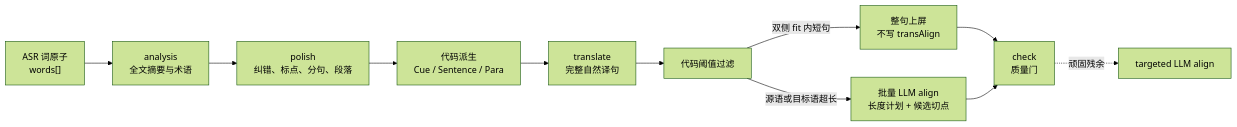
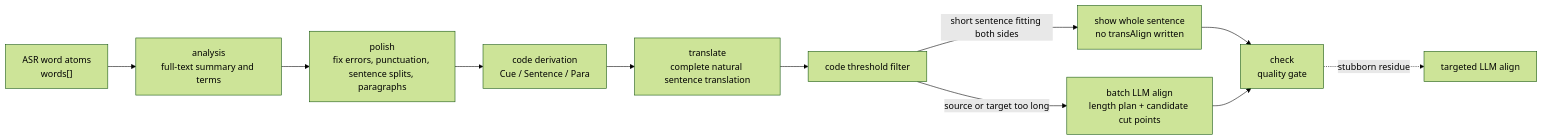
The diagram in docs/design/subtitle/ccut-subtitle-pipeline-implementation.md (dige04/cuccut), drawn with Mermaid (forest theme) before and after one commit. The commit also changed other lines of this file and 415 other files, not shown here.

````diff
--- a/docs/design/subtitle/ccut-subtitle-pipeline-implementation.md
+++ b/docs/design/subtitle/ccut-subtitle-pipeline-implementation.md
@@ -101,13 +94,13 @@
 ```mermaid
 flowchart LR
-    A["ASR 词原子<br/>words[]"] --> B["analysis<br/>全文摘要与术语"]
-    B --> C["polish<br/>纠错、标点、分句、段落"]
-    C --> D["代码派生<br/>Cue / Sentence / Para"]
-    D --> E["translate<br/>完整自然译句"]
-    E --> F["代码阈值过滤"]
-    F -->|"双侧 fit 内短句"| G["整句上屏<br/>不写 transAlign"]
-    F -->|"源语或目标语超长"| K["批量 LLM align<br/>长度计划 + 候选切点"]
+    A["ASR word atoms<br/>words[]"] --> B["analysis<br/>full-text summary and terms"]
+    B --> C["polish<br/>fix errors, punctuation, sentence splits, paragraphs"]
+    C --> D["code derivation<br/>Cue / Sentence / Para"]
+    D --> E["translate<br/>complete natural sentence translation"]
+    E --> F["code threshold filter"]
+    F -->|"short sentence fitting both sides"| G["show whole sentence<br/>no transAlign written"]
+    F -->|"source or target too long"| K["batch LLM align<br/>length plan + candidate cut points"]
     G --> I
-    K --> I["check<br/>质量门"]
-    I -.->|"顽固残余"| J["targeted LLM align"]
+    K --> I["check<br/>quality gate"]
+    I -.->|"stubborn residue"| J["targeted LLM align"]
 ```
````
